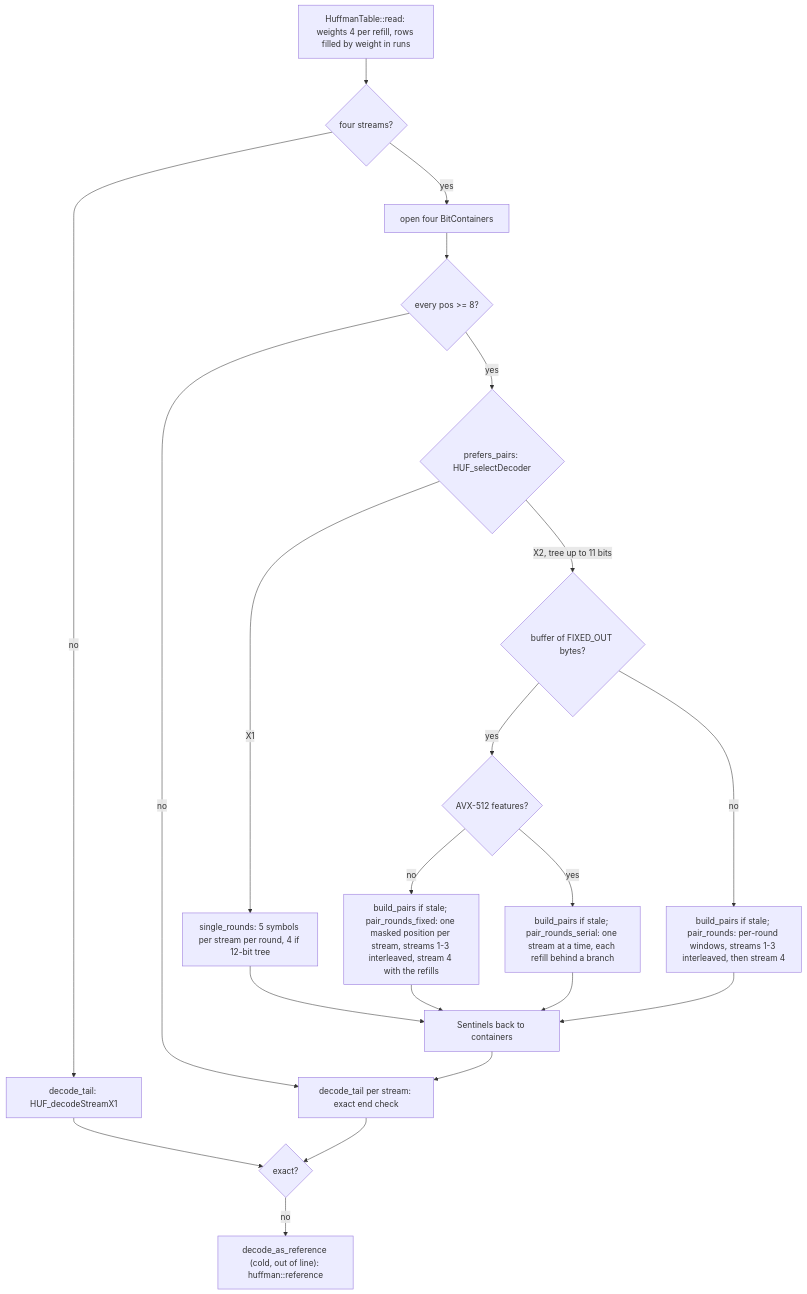
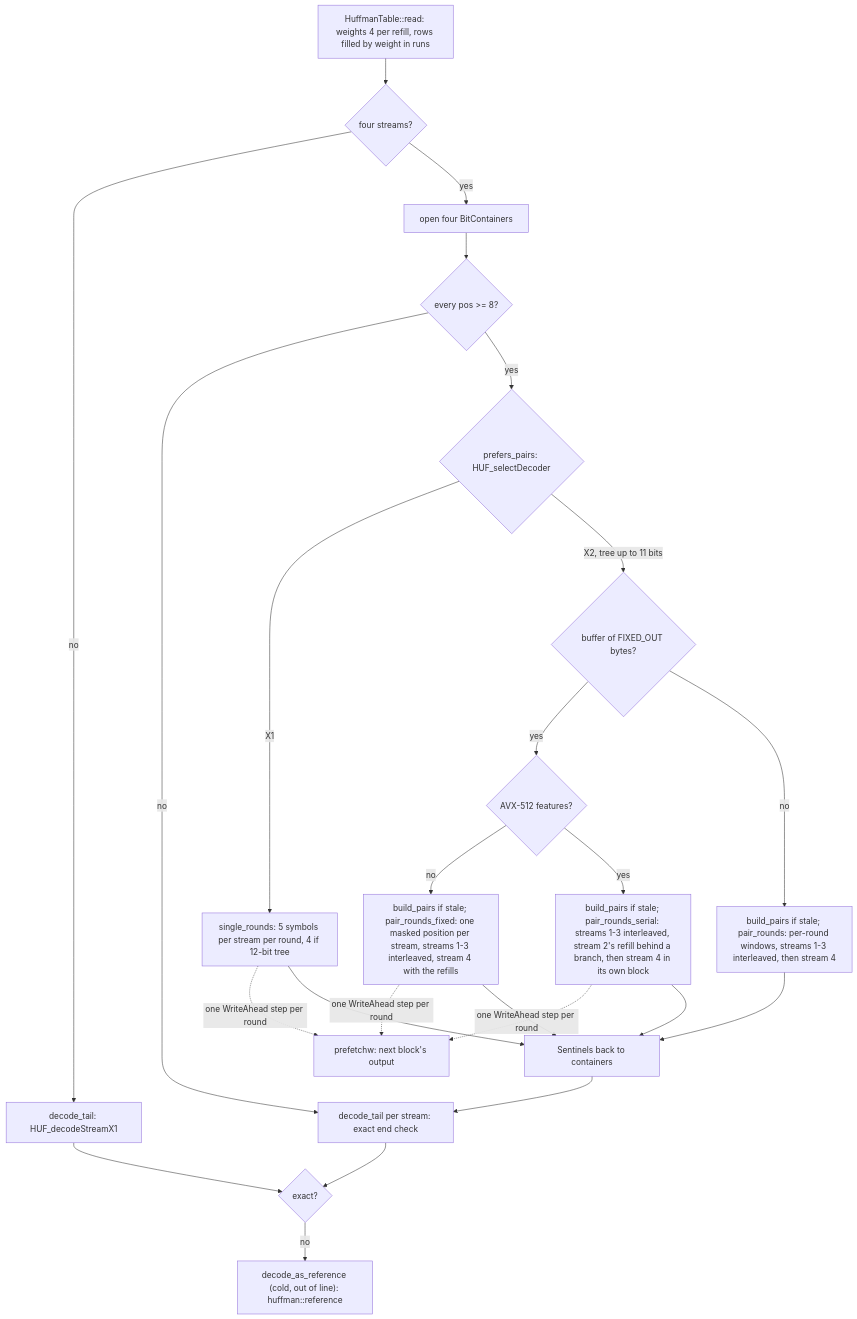
One commit to M-Compressors/mzstd changed the third of 8 diagrams in architecture/decoder-performance.md. Above: the diagram before and after it, drawn with Mermaid. The commit also changed other lines of this file and 390 other files, not shown here.

````diff
--- a/architecture/decoder-performance.md
+++ b/architecture/decoder-performance.md
@@ -116,23 +116,26 @@
 ```mermaid
 flowchart TD
     Read["HuffmanTable::read: weights 4 per refill, rows filled by weight in runs"] --> Kind{four streams?}
     Kind -->|no| Tail1[decode_tail: HUF_decodeStreamX1]
     Kind -->|yes| Open[open four BitContainers]
     Open --> Fast{every pos >= 8?}
     Fast -->|no| Tails
     Fast -->|yes| Sel{prefers_pairs: HUF_selectDecoder}
     Sel -->|X1| Single[single_rounds: 5 symbols per stream per round, 4 if 12-bit tree]
     Sel -->|X2, tree up to 11 bits| Fixed{buffer of FIXED_OUT bytes?}
     Fixed -->|yes| Avx{AVX-512 features?}
     Avx -->|no| PairsFixed[build_pairs if stale; pair_rounds_fixed: one masked position per stream, streams 1-3 interleaved, stream 4 with the refills]
-    Avx -->|yes| PairsSerial[build_pairs if stale; pair_rounds_serial: one stream at a time, each refill behind a branch]
+    Avx -->|yes| PairsSerial[build_pairs if stale; pair_rounds_serial: streams 1-3 interleaved, stream 2's refill behind a branch, then stream 4 in its own block]
     Fixed -->|no| Pairs[build_pairs if stale; pair_rounds: per-round windows, streams 1-3 interleaved, then stream 4]
+    Single -. one WriteAhead step per round .-> Ahead[prefetchw: next block's output]
+    PairsFixed -. one WriteAhead step per round .-> Ahead
+    PairsSerial -. one WriteAhead step per round .-> Ahead
     PairsFixed --> Back
     PairsSerial --> Back
     Single --> Back[Sentinels back to containers]
     Pairs --> Back
     Back --> Tails[decode_tail per stream: exact end check]
     Tail1 --> Verdict{exact?}
     Tails --> Verdict
     Verdict -->|no| Reference["decode_as_reference (cold, out of line): huffman::reference"]
 ```
````
